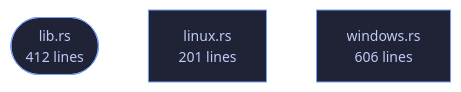
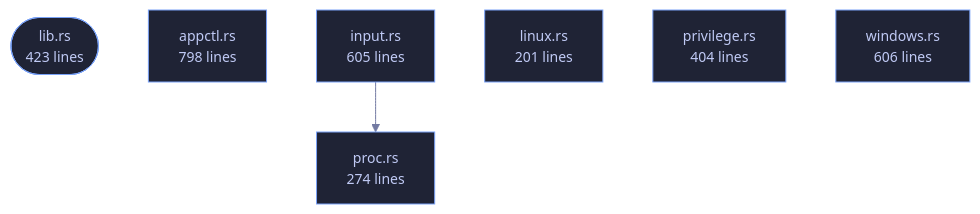
Before and after one commit to tilas01/veilvoice: the diagram in crates/veilvoice-watch/README.md, drawn with Mermaid. The commit also changed other lines of this file and 550 other files, not shown here.

````diff
--- a/crates/veilvoice-watch/README.md
+++ b/crates/veilvoice-watch/README.md
@@ -81,10 +81,19 @@
 ```mermaid
 %%{init: {"theme":"base","themeVariables":{"background":"#1a1b26","primaryColor":"#1f2335","primaryTextColor":"#c0caf5","primaryBorderColor":"#7aa2f7","secondaryColor":"#16161e","tertiaryColor":"#16161e","lineColor":"#737aa2","textColor":"#c0caf5","mainBkg":"#1f2335","nodeBorder":"#7aa2f7","clusterBkg":"#16161e","clusterBorder":"#2f3549","fontFamily":"ui-monospace, SFMono-Regular, Consolas, monospace","fontSize":"14px"}}}%%
 flowchart TD
-    n_lib(["lib.rs<br/>412 lines"])
+    n_lib(["lib.rs<br/>423 lines"])
+    n_appctl["appctl.rs<br/>798 lines"]
+    n_input["input.rs<br/>605 lines"]
     n_linux["linux.rs<br/>201 lines"]
+    n_privilege["privilege.rs<br/>404 lines"]
+    n_proc["proc.rs<br/>274 lines"]
     n_windows["windows.rs<br/>606 lines"]
+    n_input --> n_proc
     click n_lib href "https://github.com/tilas01/veilvoice/blob/main/crates/veilvoice-watch/src/lib.rs" "open the source"
+    click n_appctl href "https://github.com/tilas01/veilvoice/blob/main/crates/veilvoice-watch/src/appctl.rs" "open the source"
+    click n_input href "https://github.com/tilas01/veilvoice/blob/main/crates/veilvoice-watch/src/input.rs" "open the source"
     click n_linux href "https://github.com/tilas01/veilvoice/blob/main/crates/veilvoice-watch/src/linux.rs" "open the source"
+    click n_privilege href "https://github.com/tilas01/veilvoice/blob/main/crates/veilvoice-watch/src/privilege.rs" "open the source"
+    click n_proc href "https://github.com/tilas01/veilvoice/blob/main/crates/veilvoice-watch/src/proc.rs" "open the source"
     click n_windows href "https://github.com/tilas01/veilvoice/blob/main/crates/veilvoice-watch/src/windows.rs" "open the source"
 ```
````
